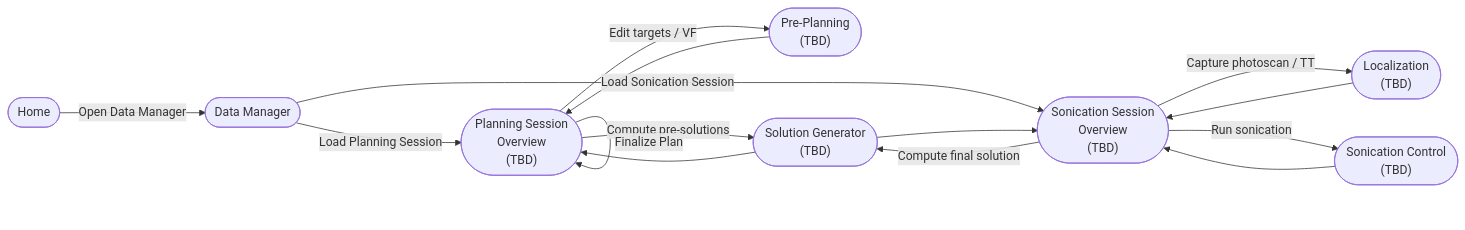
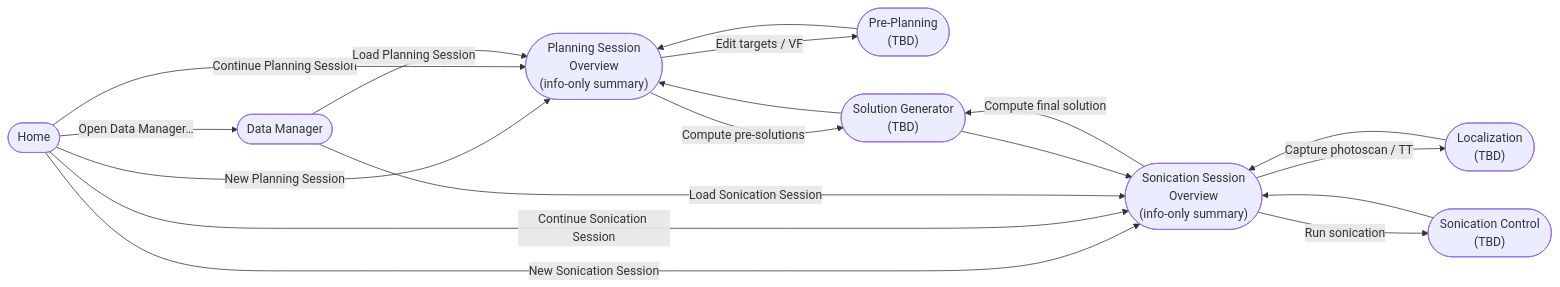
Before and after one commit to OpenwaterHealth/SlicerOpenLIFU: the second of 4 diagrams in docs/architecture.md, drawn with Mermaid. The commit also changed other lines of this file and 17 other files, not shown here.

First line of the commit message:
Home: auto-connect DB + launch buttons; extract session_actions (#635)

````diff
--- a/docs/architecture.md
+++ b/docs/architecture.md
@@ -91,26 +91,29 @@
 ```mermaid
 flowchart LR
     HOME(["Home"])
     DM(["Data Manager"])
-    PSO(["Planning Session<br/>Overview<br/>(TBD)"])
+    PSO(["Planning Session<br/>Overview<br/>(info-only summary)"])
     PP(["Pre-Planning<br/>(TBD)"])
     SG(["Solution Generator<br/>(TBD)"])
-    SSO(["Sonication Session<br/>Overview<br/>(TBD)"])
+    SSO(["Sonication Session<br/>Overview<br/>(info-only summary)"])
     LOC(["Localization<br/>(TBD)"])
     SC(["Sonication Control<br/>(TBD)"])
 
-    HOME -->|"Open Data Manager"| DM
+    HOME -->|"New Planning Session"| PSO
+    HOME -->|"Continue Planning Session"| PSO
+    HOME -->|"New Sonication Session"| SSO
+    HOME -->|"Continue Sonication Session"| SSO
+    HOME -->|"Open Data Manager…"| DM
     DM -->|"Load Planning Session"| PSO
     DM -->|"Load Sonication Session"| SSO
     PSO -->|"Edit targets / VF"| PP
     PSO -->|"Compute pre-solutions"| SG
-    PSO -->|"Finalize Plan"| PSO
     SSO -->|"Capture photoscan / TT"| LOC
     SSO -->|"Compute final solution"| SG
     SSO -->|"Run sonication"| SC
     LOC --> SSO
     PP --> PSO
     SG --> PSO
     SG --> SSO
     SC --> SSO
 ```
````
